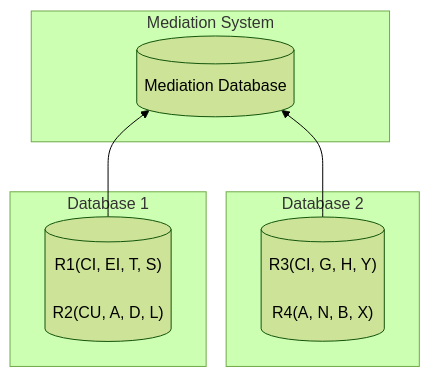
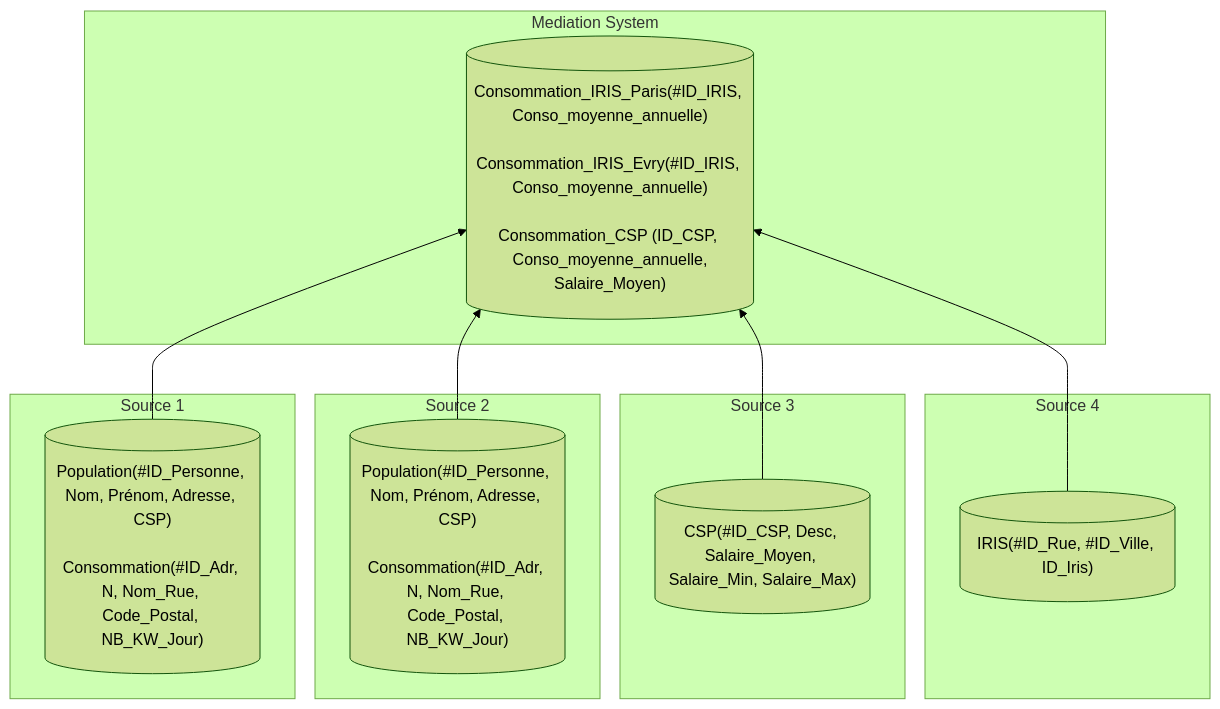
Before and after one commit to LugolBis/ETL-DQ: the diagram in Documentation.md, drawn with Mermaid (forest theme). The commit also changed other lines of this file, not shown here.

````diff
--- a/Documentation.md
+++ b/Documentation.md
@@ -8,17 +9,28 @@
 ```mermaid
 flowchart BT
     subgraph MS["Mediation System"]
-        MSDB[("Mediation Database")]
+        MSDB[("Consommation_IRIS_Paris(#ID_IRIS, Conso_moyenne_annuelle)<br><br>Consommation_IRIS_Evry(#ID_IRIS, Conso_moyenne_annuelle)<br><br>Consommation_CSP (ID_CSP, Conso_moyenne_annuelle,
+Salaire_Moyen)")]
     end
 
-    subgraph DB1["Database 1"]
-        RDB1[("R1(CI, EI, T, S)<br><br>R2(CU, A, D, L)")]
+    subgraph SRC1["Source 1"]
+        DB1[("Population(#ID_Personne, Nom, Prénom, Adresse, CSP)<br><br>Consommation(#ID_Adr, N, Nom_Rue, Code_Postal, NB_KW_Jour)")]
     end
 
-    subgraph DB2["Database 2"]
-        RDB2[("R3(CI, G, H, Y)<br><br>R4(A, N, B, X)")]
+    subgraph SRC2["Source 2"]
+        DB2[("Population(#ID_Personne, Nom, Prénom, Adresse, CSP)<br><br>Consommation(#ID_Adr, N, Nom_Rue, Code_Postal, NB_KW_Jour)")]
     end
 
-    RDB1 --> MSDB
-    RDB2 --> MSDB
+    subgraph SRC3["Source 3"]
+        DB3[("CSP(#ID_CSP, Desc, Salaire_Moyen, Salaire_Min, Salaire_Max)")]
+    end
+
+    subgraph SRC4["Source 4"]
+        DB4[("IRIS(#ID_Rue, #ID_Ville, ID_Iris)")]
+    end
+
+    DB1 --> MSDB
+    DB2 --> MSDB
+    DB3 --> MSDB
+    DB4 --> MSDB
 ```
````
